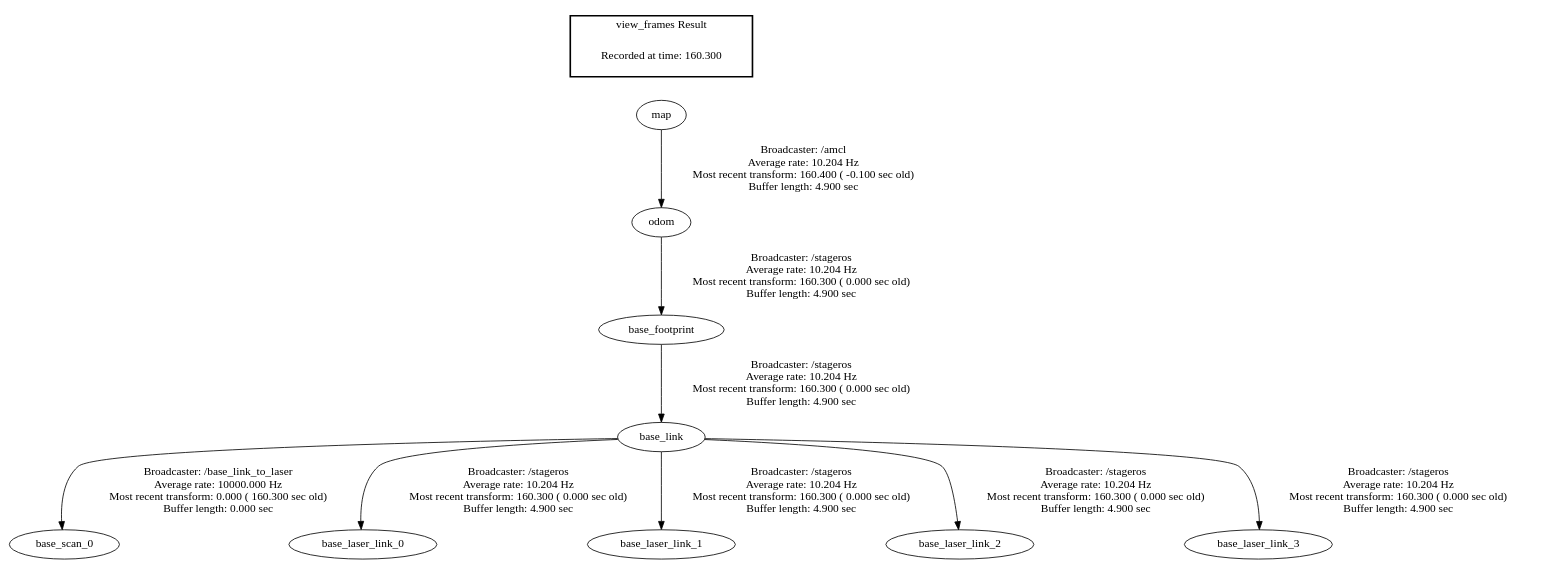
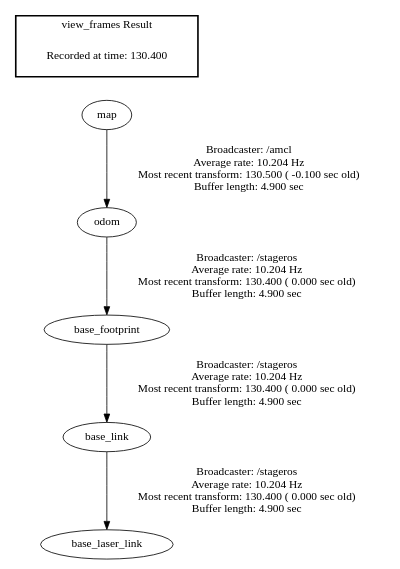
The diagram in ROS_ws/frames.gv (zeroxy21/Robotcraft), drawn with Graphviz before and after one commit. The commit also changed 1 other file, not shown here.

```diff
--- a/ROS_ws/frames.gv
+++ b/ROS_ws/frames.gv
@@ -1,14 +1,10 @@
 digraph G {
-"base_link" -> "base_scan_0"[label="Broadcaster: /base_link_to_laser\nAverage rate: 10000.000 Hz\nMost recent transform: 0.000 ( 160.300 sec old)\nBuffer length: 0.000 sec\n"];
-"base_footprint" -> "base_link"[label="Broadcaster: /stageros\nAverage rate: 10.204 Hz\nMost recent transform: 160.300 ( 0.000 sec old)\nBuffer length: 4.900 sec\n"];
-"base_link" -> "base_laser_link_0"[label="Broadcaster: /stageros\nAverage rate: 10.204 Hz\nMost recent transform: 160.300 ( 0.000 sec old)\nBuffer length: 4.900 sec\n"];
-"base_link" -> "base_laser_link_1"[label="Broadcaster: /stageros\nAverage rate: 10.204 Hz\nMost recent transform: 160.300 ( 0.000 sec old)\nBuffer length: 4.900 sec\n"];
-"base_link" -> "base_laser_link_2"[label="Broadcaster: /stageros\nAverage rate: 10.204 Hz\nMost recent transform: 160.300 ( 0.000 sec old)\nBuffer length: 4.900 sec\n"];
-"base_link" -> "base_laser_link_3"[label="Broadcaster: /stageros\nAverage rate: 10.204 Hz\nMost recent transform: 160.300 ( 0.000 sec old)\nBuffer length: 4.900 sec\n"];
-"odom" -> "base_footprint"[label="Broadcaster: /stageros\nAverage rate: 10.204 Hz\nMost recent transform: 160.300 ( 0.000 sec old)\nBuffer length: 4.900 sec\n"];
-"map" -> "odom"[label="Broadcaster: /amcl\nAverage rate: 10.204 Hz\nMost recent transform: 160.400 ( -0.100 sec old)\nBuffer length: 4.900 sec\n"];
+"base_link" -> "base_laser_link"[label="Broadcaster: /stageros\nAverage rate: 10.204 Hz\nMost recent transform: 130.400 ( 0.000 sec old)\nBuffer length: 4.900 sec\n"];
+"base_footprint" -> "base_link"[label="Broadcaster: /stageros\nAverage rate: 10.204 Hz\nMost recent transform: 130.400 ( 0.000 sec old)\nBuffer length: 4.900 sec\n"];
+"odom" -> "base_footprint"[label="Broadcaster: /stageros\nAverage rate: 10.204 Hz\nMost recent transform: 130.400 ( 0.000 sec old)\nBuffer length: 4.900 sec\n"];
+"map" -> "odom"[label="Broadcaster: /amcl\nAverage rate: 10.204 Hz\nMost recent transform: 130.500 ( -0.100 sec old)\nBuffer length: 4.900 sec\n"];
 edge [style=invis];
  subgraph cluster_legend { style=bold; color=black; label ="view_frames Result";
-"Recorded at time: 160.300"[ shape=plaintext ] ;
+"Recorded at time: 130.400"[ shape=plaintext ] ;
  }->"map";
 }
```
